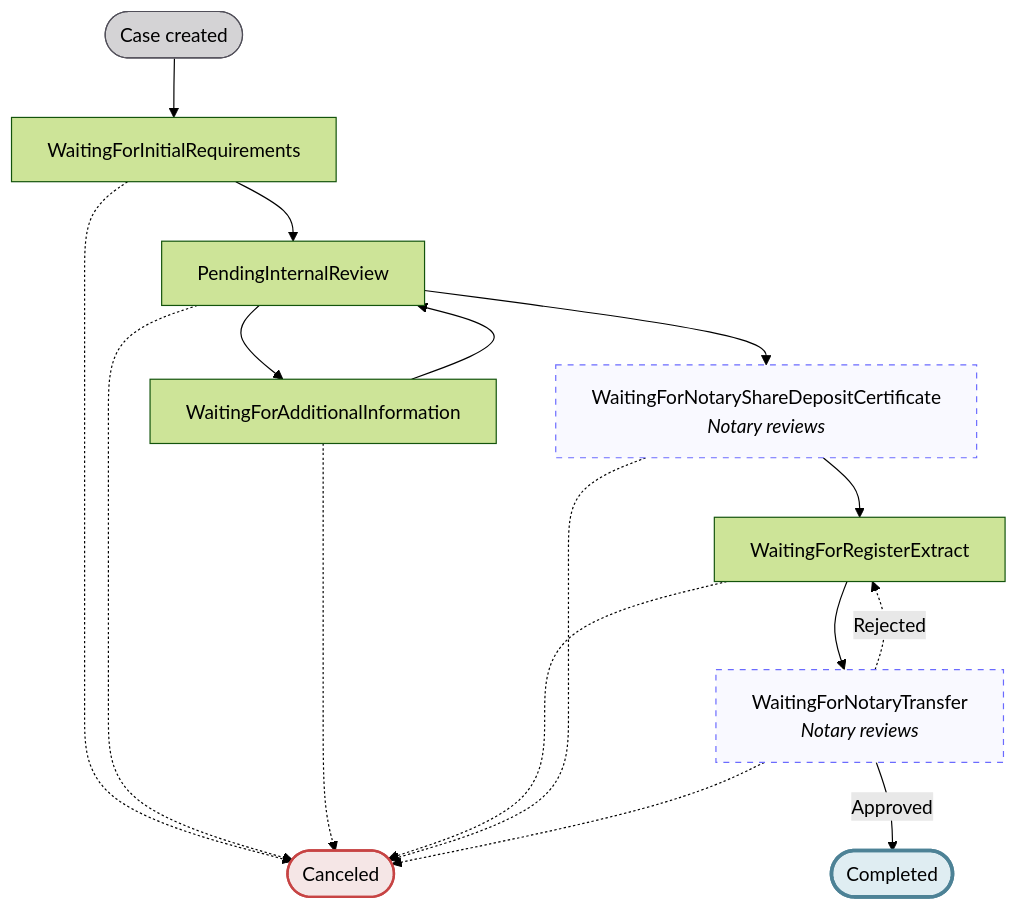
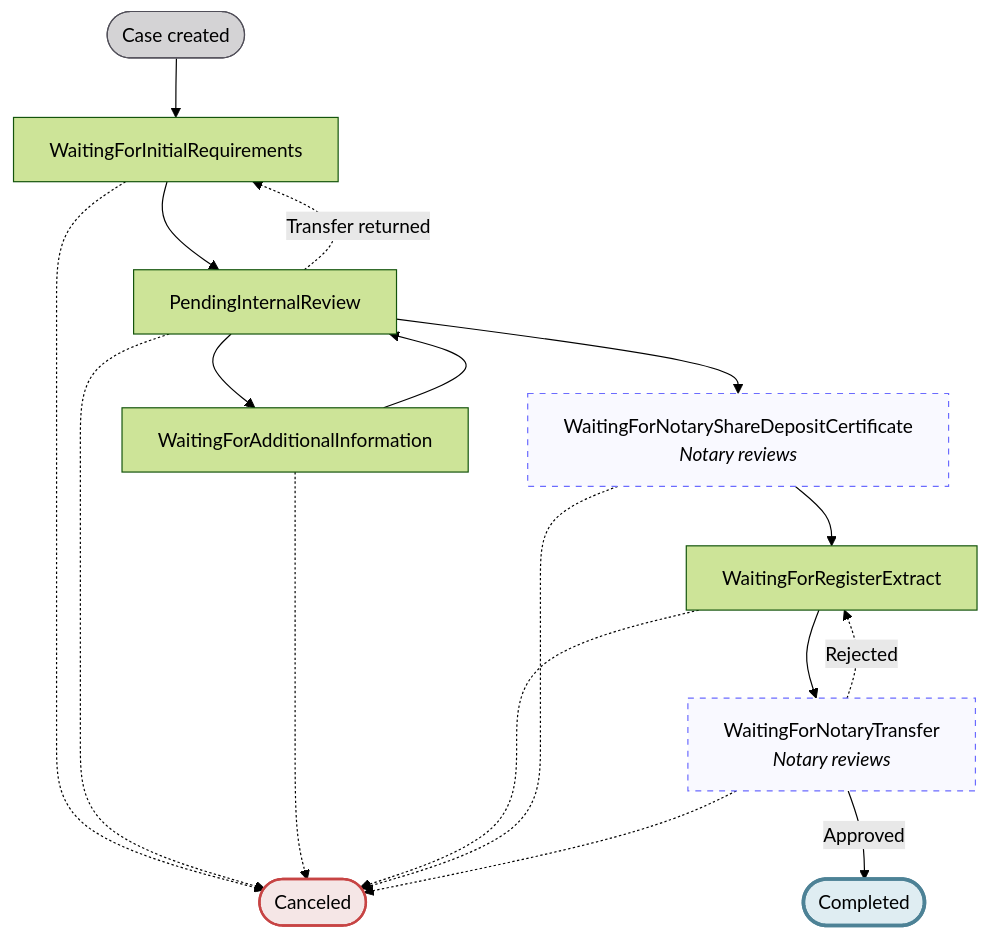
Before and after one commit to swan-io/docs: the first of 3 diagrams in docs/accounts/concepts/capital-deposits/statuses.mdx, drawn with Mermaid (forest theme). The commit also changed other lines of this file, not shown here.

Commit message:
Add returned transfer edge to capital deposit statuses

````diff
--- a/docs/accounts/concepts/capital-deposits/statuses.mdx
+++ b/docs/accounts/concepts/capital-deposits/statuses.mdx
@@ -25,27 +25,28 @@
 ```mermaid
 %%{ init: { 'flowchart': { 'curve': 'basis' } } }%%
 flowchart TD
     DC([Case created]) --> WIR[WaitingForInitialRequirements]
     WIR --> PIR[PendingInternalReview]
     PIR --> WFAI[WaitingForAdditionalInformation]
     PIR --> WNSC[WaitingForNotaryShareDepositCertificate<br/><em>Notary reviews</em>]
     WFAI --> PIR
+    PIR -.->|Transfer returned| WIR
     
     WNSC --> WRE[WaitingForRegisterExtract]
     WRE --> WNT[WaitingForNotaryTransfer<br/><em>Notary reviews</em>]
     WNT -->|Approved| CO([Completed])
     WNT -.->|Rejected| WRE
     
     WIR -.-> CA([Canceled])
     PIR -.-> CA
     WFAI -.-> CA
     WRE -.-> CA
     WNSC -.-> CA
     WNT -.-> CA
 
     style DC fill:#D4D3D5,stroke:#514F59
     style CO fill:#dfedf2,stroke:#4d8296,stroke-width:3px
     style CA fill:#f5e6e6,stroke:#c74444,stroke-width:2px
     style WNSC fill:#f9f9ff,stroke:#6b6bff,stroke-dasharray: 5 5
     style WNT fill:#f9f9ff,stroke:#6b6bff,stroke-dasharray: 5 5
 ```
````
